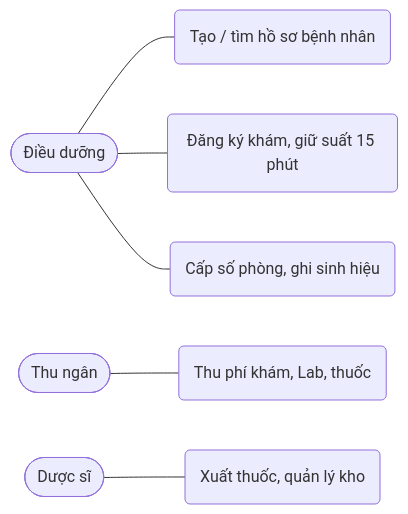
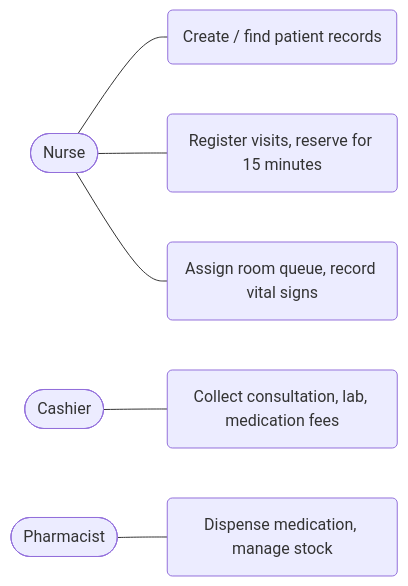
The diagram in scripts/demo_25_10/artifacts/service-demo/diagrams/04.mmd (Dangvinh77/MediFlow), drawn with Mermaid before and after one commit. The commit also changed 9 other files, not shown here.

```diff
--- a/scripts/demo_25_10/artifacts/service-demo/diagrams/04.mmd
+++ b/scripts/demo_25_10/artifacts/service-demo/diagrams/04.mmd
@@ -1,14 +1,14 @@
 flowchart LR
-NU(["Điều dưỡng"])
-CA(["Thu ngân"])
-PH(["Dược sĩ"])
-U2("Tạo / tìm hồ sơ bệnh nhân")
-U3("Đăng ký khám, giữ suất 15 phút")
-U4("Cấp số phòng, ghi sinh hiệu")
-U5("Thu phí khám, Lab, thuốc")
-U9("Xuất thuốc, quản lý kho")
+NU(["Nurse"])
+CA(["Cashier"])
+PH(["Pharmacist"])
+U2("Create / find patient records")
+U3("Register visits, reserve for 15 minutes")
+U4("Assign room queue, record vital signs")
+U5("Collect consultation, lab, medication fees")
+U9("Dispense medication, manage stock")
 NU --- U2
 NU --- U3
 NU --- U4
 CA --- U5
 PH --- U9
```
